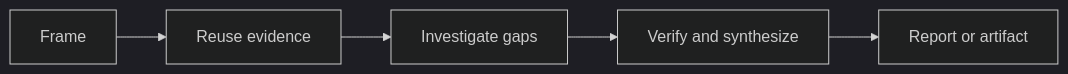
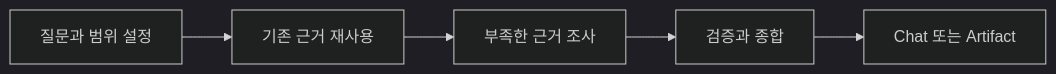
The diagram in .agents/skills/pivot-research/SKILL.md (mols3131d/hmda-data-reliability), drawn with Mermaid (dark theme) before and after one commit. The commit also changed other lines of this file, not shown here.

````diff
--- a/.agents/skills/pivot-research/SKILL.md
+++ b/.agents/skills/pivot-research/SKILL.md
@@ -50,7 +71,7 @@
 ```mermaid
 flowchart LR
-    A[Frame] --> B[Reuse evidence]
-    B --> C[Investigate gaps]
-    C --> D[Verify and synthesize]
-    D --> E[Report or artifact]
+    A[질문과 범위 설정] --> B[기존 근거 재사용]
+    B --> C[부족한 근거 조사]
+    C --> D[검증과 종합]
+    D --> E[Chat 또는 Artifact]
 ```
````
